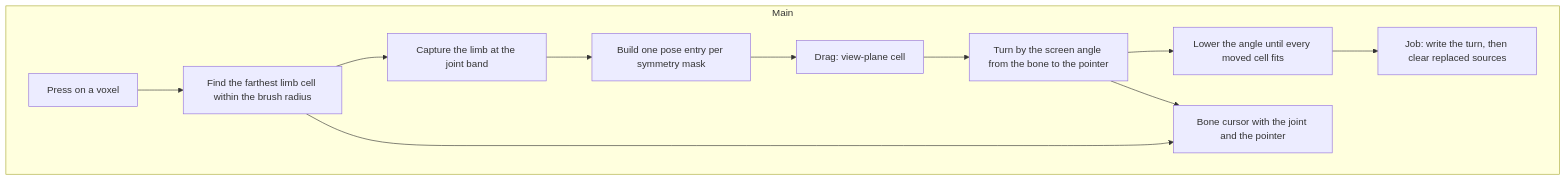
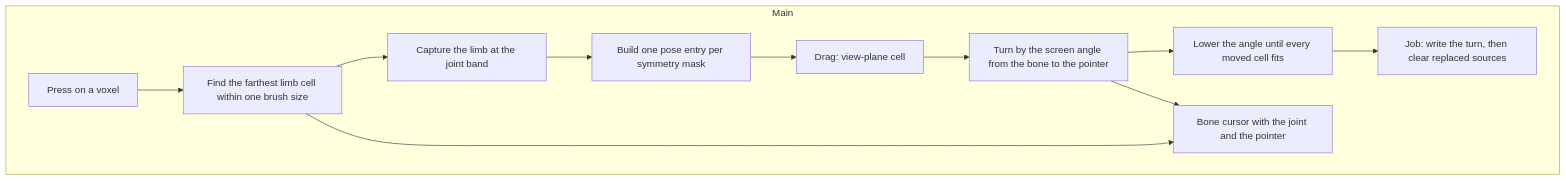
One commit to LeonardMeagher2/LVE changed the third of 3 diagrams in docs/agents/tool-flows/deform.md. Above: the diagram before and after it, drawn with Mermaid. The commit also changed other lines of this file and 5 other files, not shown here.

First line of the commit message:
Return the grab ball and the cursor to the brush radius

````diff
--- a/docs/agents/tool-flows/deform.md
+++ b/docs/agents/tool-flows/deform.md
@@ -141,17 +139,17 @@
 ```mermaid
 flowchart TD
   subgraph Main["Main"]
     P1["Press on a voxel"]
-    P2["Find the farthest limb cell within the brush radius"]
+    P2["Find the farthest limb cell within one brush size"]
     P3["Capture the limb at the joint band"]
     P4["Build one pose entry per symmetry mask"]
     P5["Drag: view-plane cell"]
     P6["Turn by the screen angle from the bone to the pointer"]
     P7["Lower the angle until every moved cell fits"]
     P8["Job: write the turn, then clear replaced sources"]
     P9["Bone cursor with the joint and the pointer"]
   end
   P1 --> P2 --> P3 --> P4 --> P5 --> P6 --> P7 --> P8
   P2 --> P9
   P6 --> P9
 ```
````
